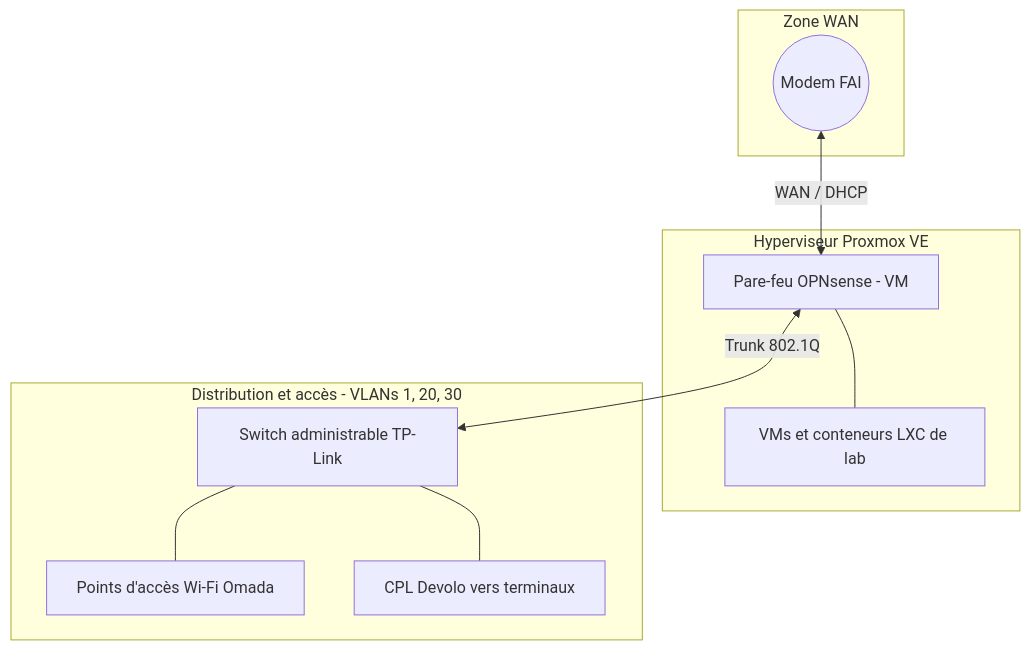
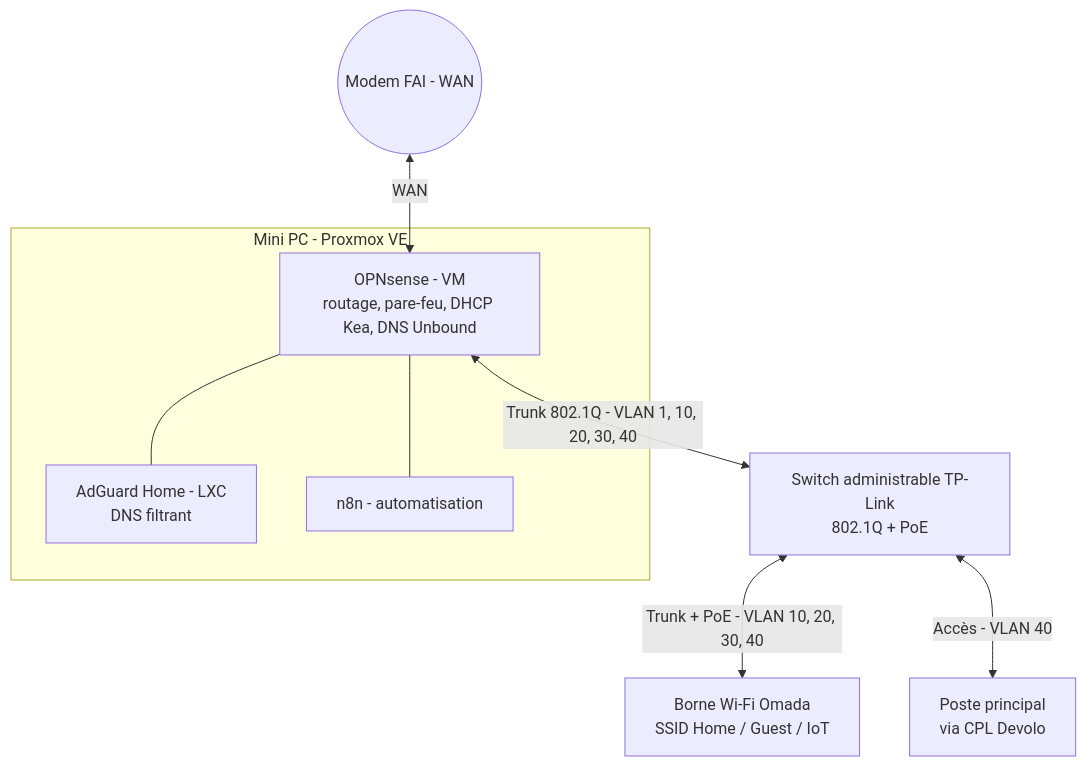
One commit to JulianKuypers/portfolio changed the diagram in Homelab.md. Above: the diagram before and after it, drawn with Mermaid. The commit also changed other lines of this file, not shown here.

````diff
--- a/Homelab.md
+++ b/Homelab.md
@@ -5,23 +5,21 @@
 ```mermaid
 graph TD
-    subgraph WAN [Zone WAN]
-        ISP((Modem FAI))
+    ISP(("Modem FAI - WAN"))
+
+    subgraph PVE ["Mini PC - Proxmox VE"]
+        OPN["OPNsense - VM<br/>routage, pare-feu, DHCP Kea, DNS Unbound"]
+        ADG["AdGuard Home - LXC<br/>DNS filtrant"]
+        N8N["n8n - automatisation"]
     end
 
-    subgraph Hyperviseur [Hyperviseur Proxmox VE]
-        OPN[Pare-feu OPNsense - VM]
-        LAB[VMs et conteneurs LXC de lab]
-    end
+    SW["Switch administrable TP-Link<br/>802.1Q + PoE"]
+    AP["Borne Wi-Fi Omada<br/>SSID Home / Guest / IoT"]
+    PC["Poste principal<br/>via CPL Devolo"]
 
-    subgraph Acces [Distribution et accès - VLANs 1, 20, 30]
-        Switch[Switch administrable TP-Link]
-        AP[Points d'accès Wi-Fi Omada]
-        CPL[CPL Devolo vers terminaux]
-        Switch --- AP
-        Switch --- CPL
-    end
-
-    ISP <-->|WAN / DHCP| OPN
-    OPN <-->|Trunk 802.1Q| Switch
-    OPN --- LAB
+    ISP <-->|WAN| OPN
+    OPN <-->|"Trunk 802.1Q - VLAN 1, 10, 20, 30, 40"| SW
+    SW <-->|"Trunk + PoE - VLAN 10, 20, 30, 40"| AP
+    SW <-->|"Accès - VLAN 40"| PC
+    OPN --- ADG
+    OPN --- N8N
 ```
````
